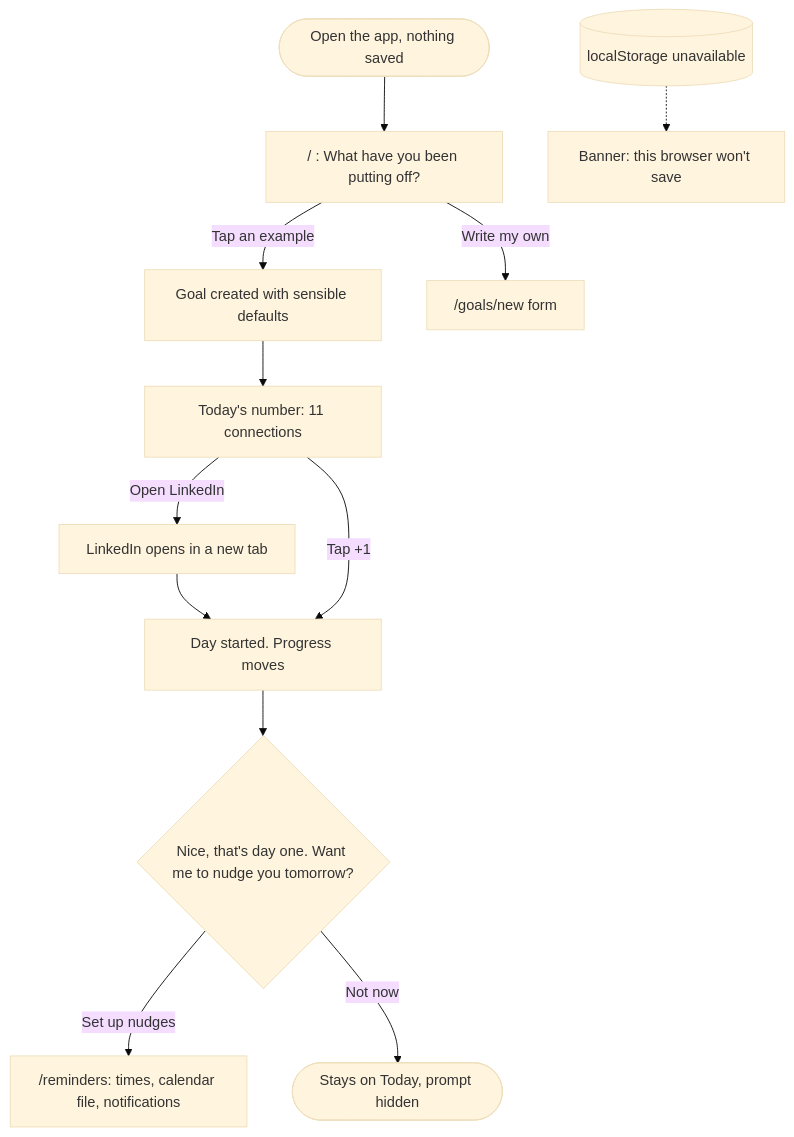
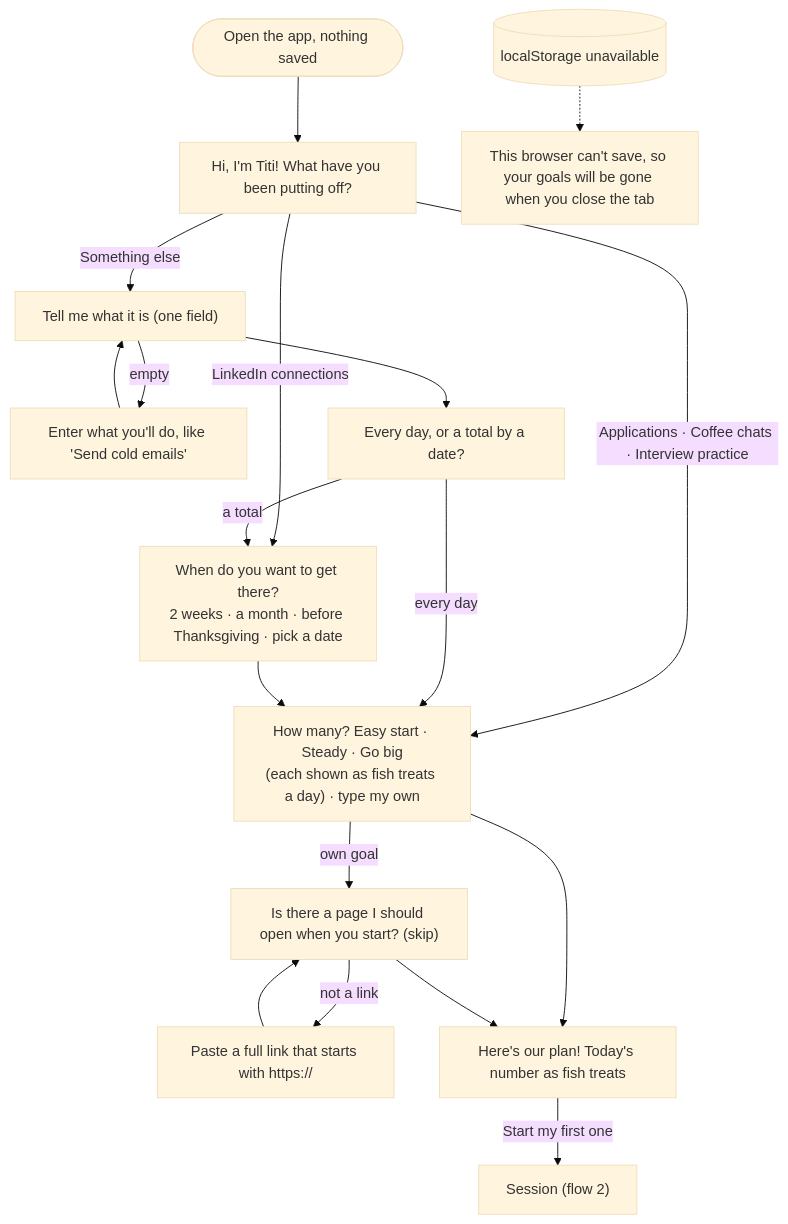
One commit to jessieyiqichen/dbs-a3 changed the first of 4 diagrams in flows.md. Above: the diagram before and after it, drawn with Mermaid (base theme). The commit also changed other lines of this file and 4 other files, not shown here.

First line of the commit message:
docs: flows, every state, accessibility results, and credits

````diff
--- a/flows.md
+++ b/flows.md
@@ -9,14 +13,18 @@
 ```mermaid
 flowchart TD
-    A([Open the app, nothing saved]) --> B["/ : What have you been putting off?"]
-    B -->|Tap an example| C[Goal created with sensible defaults]
-    B -->|Write my own| F["/goals/new form"]
-    C --> D["Today's number: 11 connections"]
-    D -->|Open LinkedIn| L[LinkedIn opens in a new tab]
-    L --> E
-    D -->|Tap +1| E[Day started. Progress moves]
-    E --> R{"Nice, that's day one. Want me to nudge you tomorrow?"}
-    R -->|Set up nudges| N["/reminders: times, calendar file, notifications"]
-    R -->|Not now| T([Stays on Today, prompt hidden])
-    S[(localStorage unavailable)] -.-> W[Banner: this browser won't save]
+    A([Open the app, nothing saved]) --> P["Hi, I'm Titi! What have you been putting off?"]
+    P -->|LinkedIn connections| D["When do you want to get there?\n2 weeks · a month · before Thanksgiving · pick a date"]
+    P -->|Applications · Coffee chats · Interview practice| N
+    P -->|Something else| W["Tell me what it is (one field)"]
+    W -->|empty| WE["Enter what you'll do, like 'Send cold emails'"] --> W
+    W --> O["Every day, or a total by a date?"]
+    O -->|a total| D
+    O -->|every day| N
+    D --> N["How many? Easy start · Steady · Go big\n(each shown as fish treats a day) · type my own"]
+    N -->|own goal| L["Is there a page I should open when you start? (skip)"]
+    L -->|not a link| LE["Paste a full link that starts with https://"] --> L
+    N --> PL
+    L --> PL["Here's our plan! Today's number as fish treats"]
+    PL -->|Start my first one| S["Session (flow 2)"]
+    X[(localStorage unavailable)] -.-> XB["This browser can't save, so your goals will be gone when you close the tab"]
 ```
````
